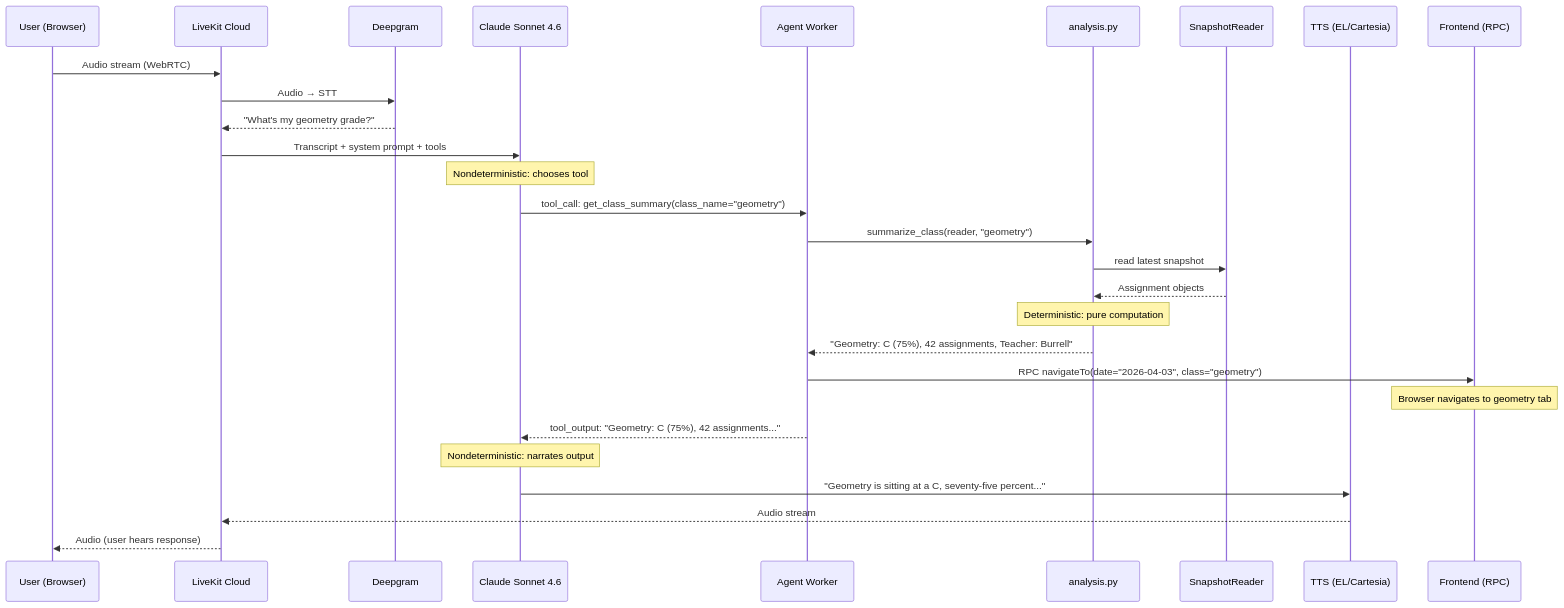
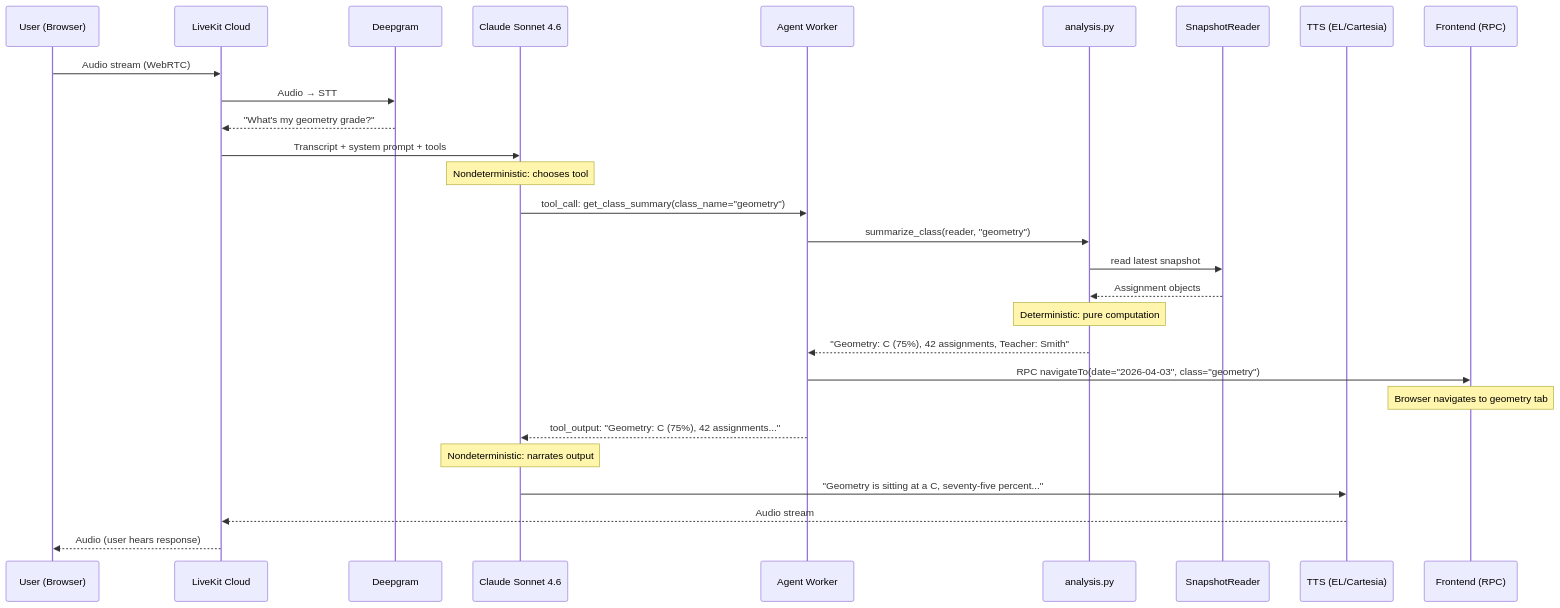
Before and after one commit to dlasley/sally-schoolwork: the second of 3 diagrams in docs/ARCHITECTURE.md, drawn with Mermaid. The commit also changed other lines of this file and 2 other files, not shown here.

Commit message:
Redact real names from ARCHITECTURE.md and PROGRESS.md
Replace real student first name, teacher last name, and a name from a
live test session log with synthetic placeholders. Repo is public; these
were introduced in 2026-04-05 commits (691b41d, 709086a, 5656bd9). Names
remain in git history but no longer appear in HEAD.

- ARCHITECTURE.md L155 (Mermaid request-flow): Teacher: Burrell → Smith
- ARCHITECTURE.md L334 (persona config table): "Jackson" → "Alex"
- PROGRESS.md L125 (session 903c8c97 quote): "Arthur" → "[name]"
- Regenerate architecture-request-flow.png with the updated Mermaid source

Also includes the 2026-05-14 PROGRESS.md bookkeeping update from earlier
this session (new "Last Session Summary" entry, uncommitted-changes
refresh).

````diff
--- a/docs/ARCHITECTURE.md
+++ b/docs/ARCHITECTURE.md
@@ -133,31 +133,31 @@
 ```mermaid
 sequenceDiagram
     participant U as User (Browser)
     participant LK as LiveKit Cloud
     participant DG as Deepgram
     participant Claude as Claude Sonnet 4.6
     participant A as Agent Worker
     participant Py as analysis.py
     participant FS as SnapshotReader
     participant TTS as TTS (EL/Cartesia)
     participant FE as Frontend (RPC)
 
     U->>LK: Audio stream (WebRTC)
     LK->>DG: Audio → STT
     DG-->>LK: "What's my geometry grade?"
     LK->>Claude: Transcript + system prompt + tools
     Note over Claude: Nondeterministic: chooses tool
     Claude->>A: tool_call: get_class_summary(class_name="geometry")
     A->>Py: summarize_class(reader, "geometry")
     Py->>FS: read latest snapshot
     FS-->>Py: Assignment objects
     Note over Py: Deterministic: pure computation
-    Py-->>A: "Geometry: C (75%), 42 assignments, Teacher: Burrell"
+    Py-->>A: "Geometry: C (75%), 42 assignments, Teacher: Smith"
     A->>FE: RPC navigateTo(date="2026-04-03", class="geometry")
     Note over FE: Browser navigates to geometry tab
     A-->>Claude: tool_output: "Geometry: C (75%), 42 assignments..."
     Note over Claude: Nondeterministic: narrates output
     Claude->>TTS: "Geometry is sitting at a C, seventy-five percent..."
     TTS-->>LK: Audio stream
     LK-->>U: Audio (user hears response)
 ```
````
